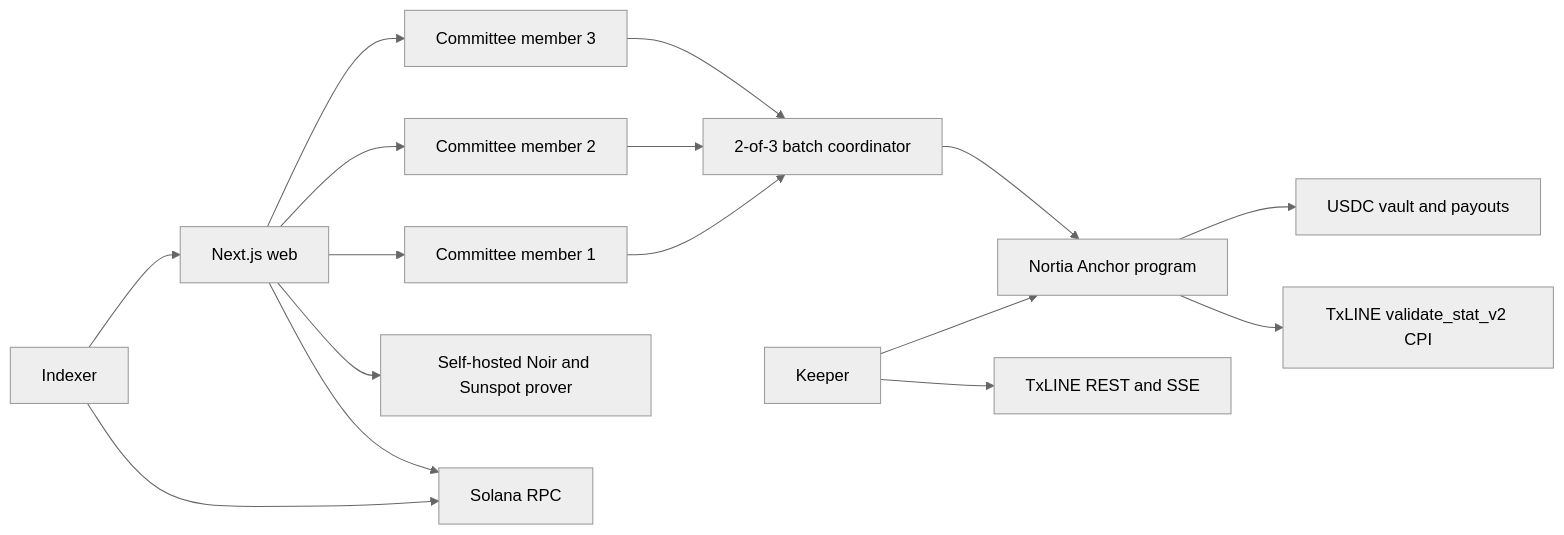
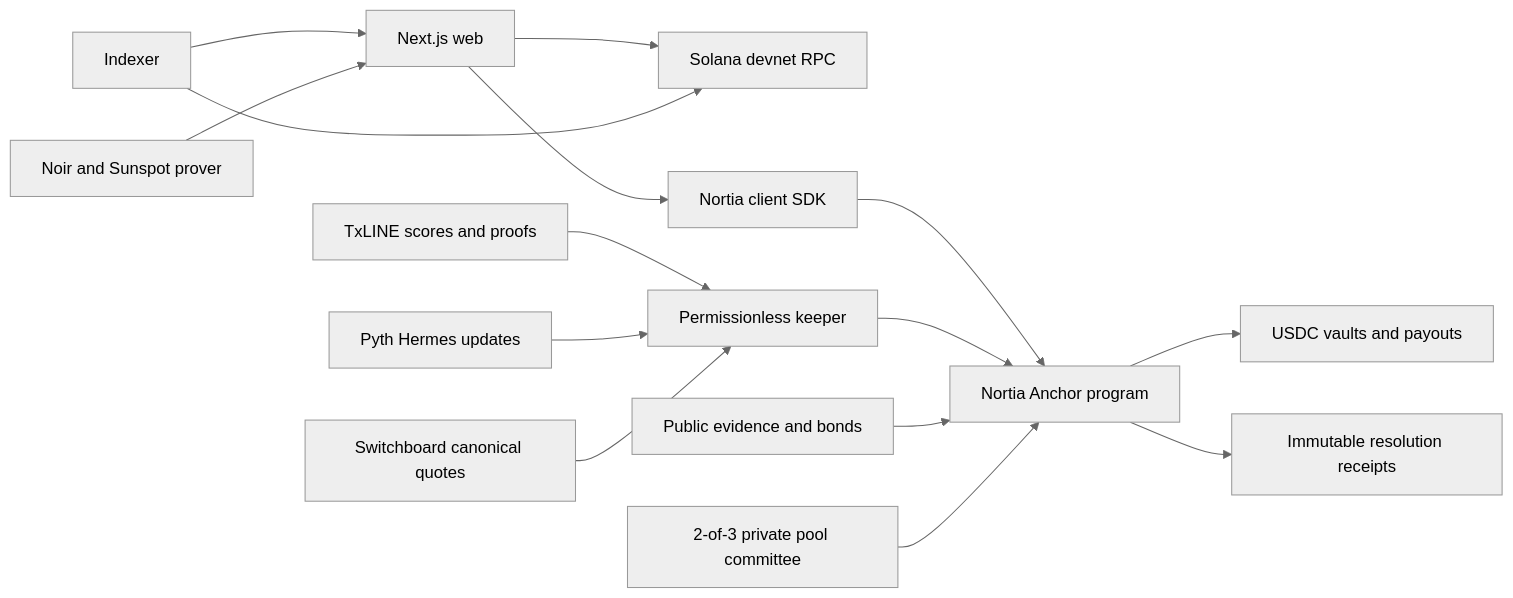
Before and after one commit to HoomanBuilds/nortia: the diagram in README.md, drawn with Mermaid (neutral theme). The commit also changed other lines of this file and 2 other files, not shown here.

````diff
--- a/README.md
+++ b/README.md
@@ -35,18 +56,17 @@
 ```mermaid
 flowchart LR
-  W[Next.js web] --> RPC[Solana RPC]
-  W --> P[Self-hosted Noir and Sunspot prover]
-  W --> C1[Committee member 1]
-  W --> C2[Committee member 2]
-  W --> C3[Committee member 3]
-  C1 --> B[2-of-3 batch coordinator]
-  C2 --> B
-  C3 --> B
-  B --> N[Nortia Anchor program]
-  K[Keeper] --> T[TxLINE REST and SSE]
-  K --> N
-  N --> X[TxLINE validate_stat_v2 CPI]
-  N --> U[USDC vault and payouts]
+  W[Next.js web] --> RPC[Solana devnet RPC]
+  W --> C[Nortia client SDK]
+  C --> N[Nortia Anchor program]
+  K[Permissionless keeper] --> N
   I[Indexer] --> RPC
   I --> W
+  T[TxLINE scores and proofs] --> K
+  P[Pyth Hermes updates] --> K
+  S[Switchboard canonical quotes] --> K
+  E[Public evidence and bonds] --> N
+  N --> U[USDC vaults and payouts]
+  N --> R[Immutable resolution receipts]
+  Z[Noir and Sunspot prover] --> W
+  M[2-of-3 private pool committee] --> N
 ```
````
